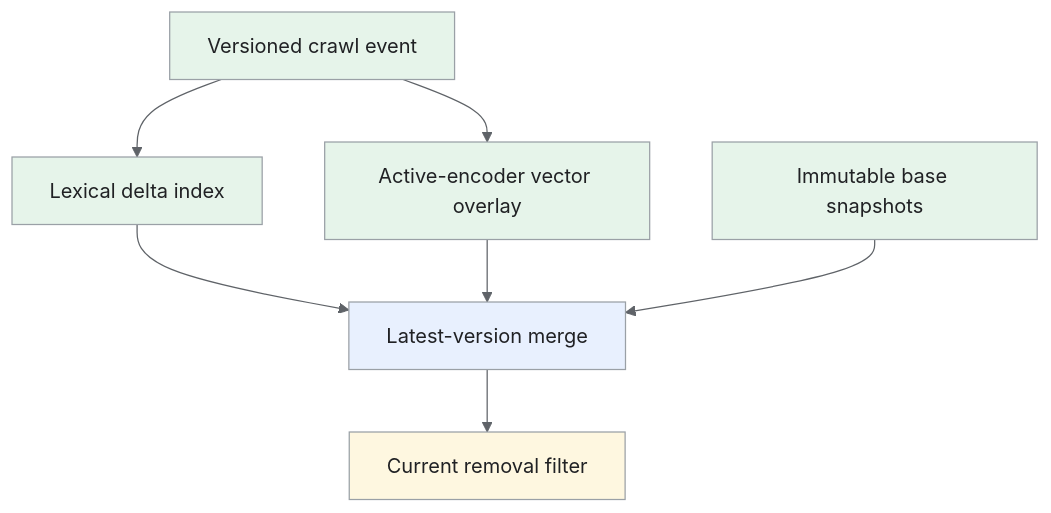
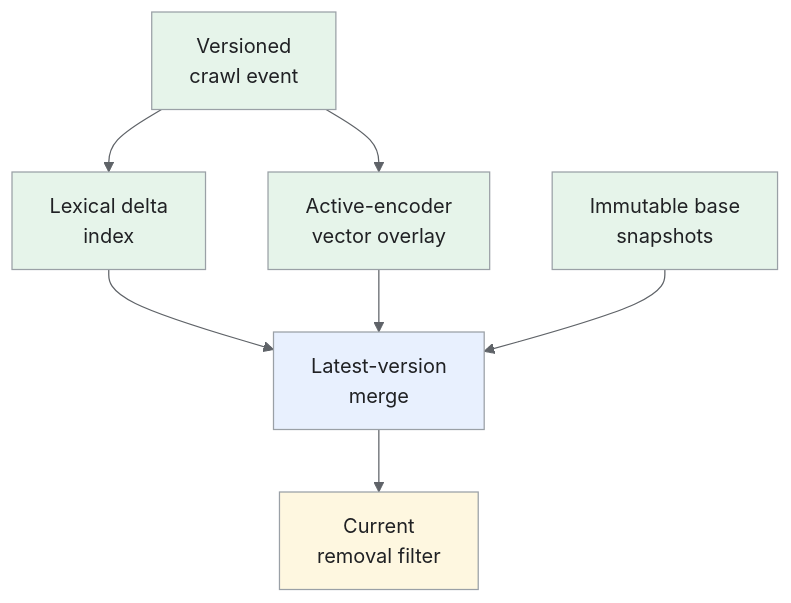
Before and after one commit to iliazlobin/iliazlobin.github.io: the sixth of 6 diagrams in _designs/system-design-ml-search-ranking-web-search.md, drawn with Mermaid. The commit also changed other lines of this file and 116 other files, not shown here.

````diff
--- a/_designs/system-design-ml-search-ranking-web-search.md
+++ b/_designs/system-design-ml-search-ranking-web-search.md
@@ -365,17 +397,17 @@
 ```mermaid
 %%{init: {'theme':'base','themeVariables':{'primaryColor':'#e8f0fe','primaryTextColor':'#202124','primaryBorderColor':'#9aa0a6','lineColor':'#5f6368','secondaryColor':'#e6f4ea','tertiaryColor':'#fef7e0','actorBkg':'#e8f0fe','actorBorder':'#9aa0a6','actorTextColor':'#202124','noteBkgColor':'#fef7e0','noteTextColor':'#202124','noteBorderColor':'#9aa0a6','signalColor':'#5f6368','signalTextColor':'#202124','labelBoxBkgColor':'#fef7e0','labelBoxBorderColor':'#9aa0a6'}}}%%
 flowchart TB
-    E["Versioned crawl event"] --> L["Lexical delta index"]
-    E --> V["Active-encoder vector overlay"]
-    L --> M["Latest-version merge"]
+    E["Versioned<br>crawl event"] --> L["Lexical delta<br>index"]
+    E --> V["Active-encoder<br>vector overlay"]
+    L --> M["Latest-version<br>merge"]
     V --> M
-    B["Immutable base snapshots"] --> M
-    M --> F["Current removal filter"]
+    B["Immutable base<br>snapshots"] --> M
+    M --> F["Current<br>removal filter"]
 classDef request fill:#e8f0fe,stroke:#9aa0a6,color:#202124;
 classDef data fill:#e6f4ea,stroke:#9aa0a6,color:#202124;
 classDef control fill:#fef7e0,stroke:#9aa0a6,color:#202124;
 class M request;
 class E,L,V,B data;
 class F control;
 
 ```
````
